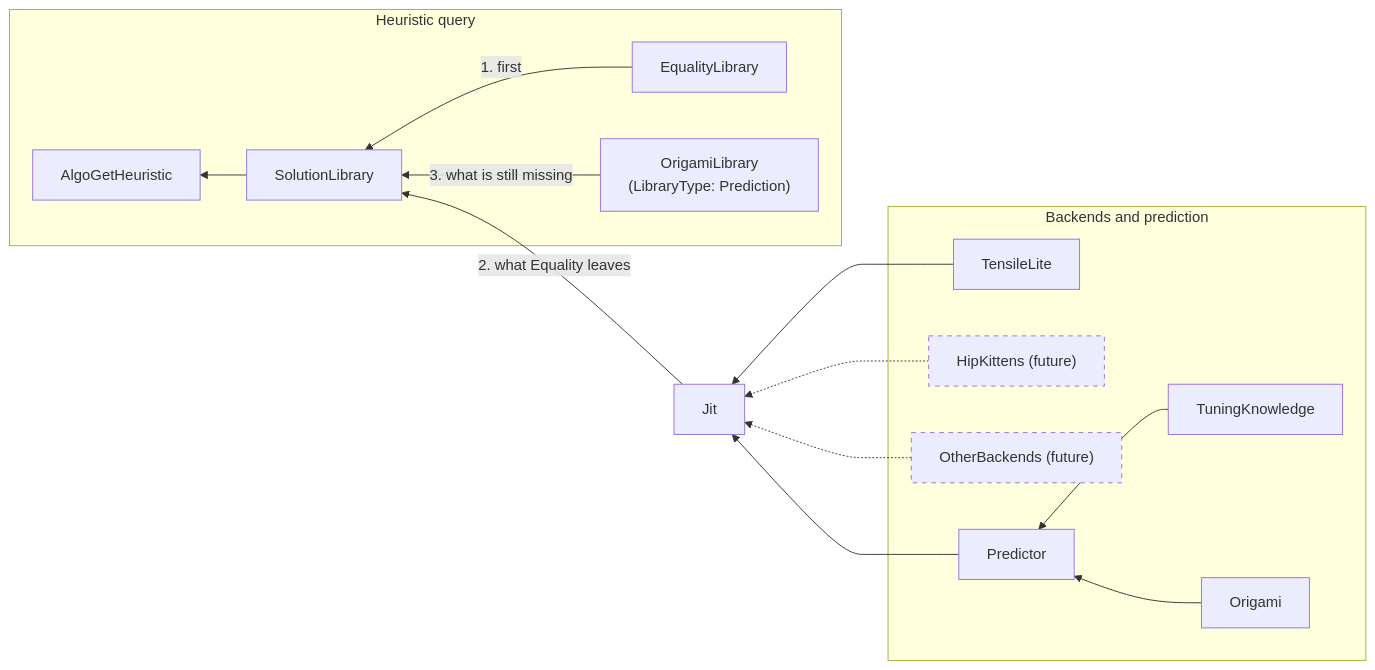
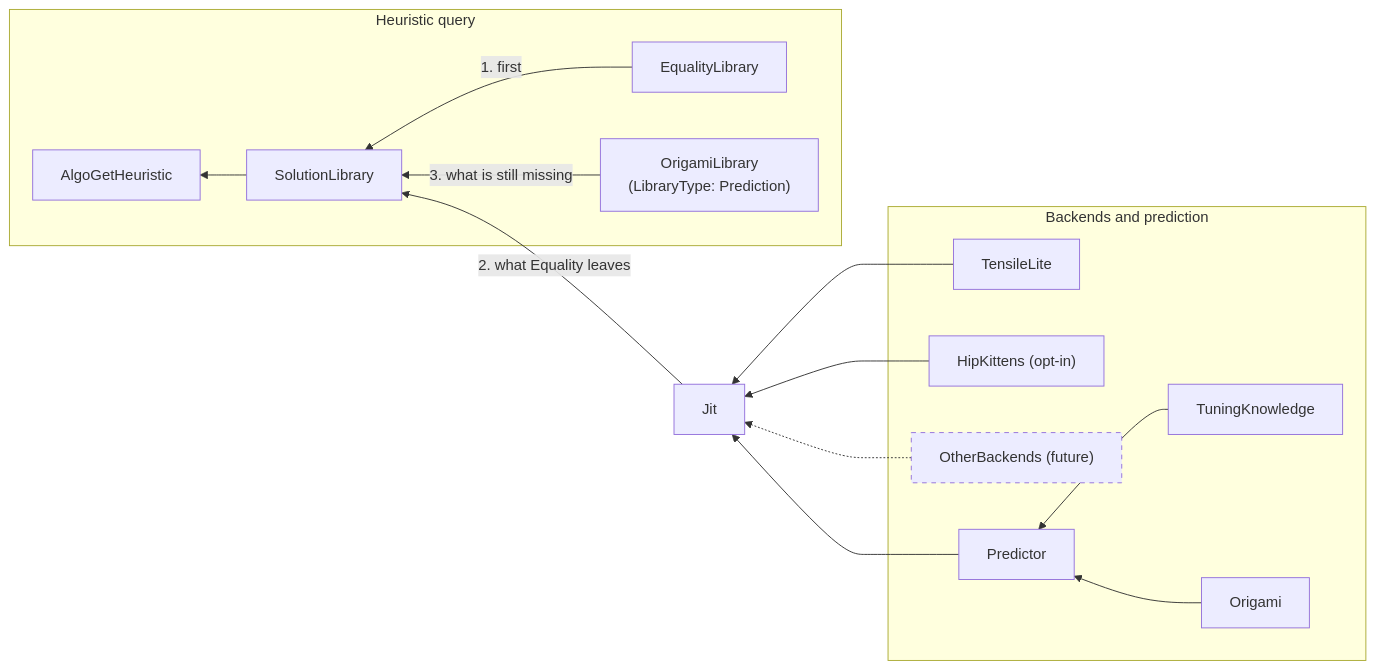
The diagram in projects/hipblaslt/JIT_ROADMAP.md (ROCm/rocm-libraries), drawn with Mermaid before and after one commit. The commit also changed other lines of this file and 4 other files, not shown here.

Commit message:
docs(hipblaslt): describe HIPBLASLT_JIT_BACKENDS and HipKittens in heuristic queries

````diff
--- a/projects/hipblaslt/JIT_ROADMAP.md
+++ b/projects/hipblaslt/JIT_ROADMAP.md
@@ -21,34 +21,34 @@
 ```mermaid
 flowchart RL
     subgraph heuristic["Heuristic query"]
         AlgoGetHeuristic["AlgoGetHeuristic"]
         SolutionLibrary["SolutionLibrary"]
         EqualityLibrary["EqualityLibrary"]
         OrigamiLibrary["OrigamiLibrary<br/>(LibraryType: Prediction)"]
     end
 
     Jit["Jit"]
 
     subgraph generation["Backends and prediction"]
         TensileLite["TensileLite"]
-        HipKittens["HipKittens (future)"]
+        HipKittens["HipKittens (opt-in)"]
         OtherBackends["OtherBackends (future)"]
         Predictor["Predictor"]
         TuningKnowledge["TuningKnowledge"]
         Origami["Origami"]
     end
 
     EqualityLibrary -- "1. first" --> SolutionLibrary
     Jit -- "2. what Equality leaves" --> SolutionLibrary
     OrigamiLibrary -- "3. what is still missing" --> SolutionLibrary
     SolutionLibrary --> AlgoGetHeuristic
     TensileLite --> Jit
-    HipKittens -.-> Jit
+    HipKittens --> Jit
     OtherBackends -.-> Jit
     Predictor --> Jit
     TuningKnowledge --> Predictor
     Origami --> Predictor
 
     classDef future stroke-dasharray: 5 5
-    class HipKittens,OtherBackends future
+    class OtherBackends future
 ```
````
